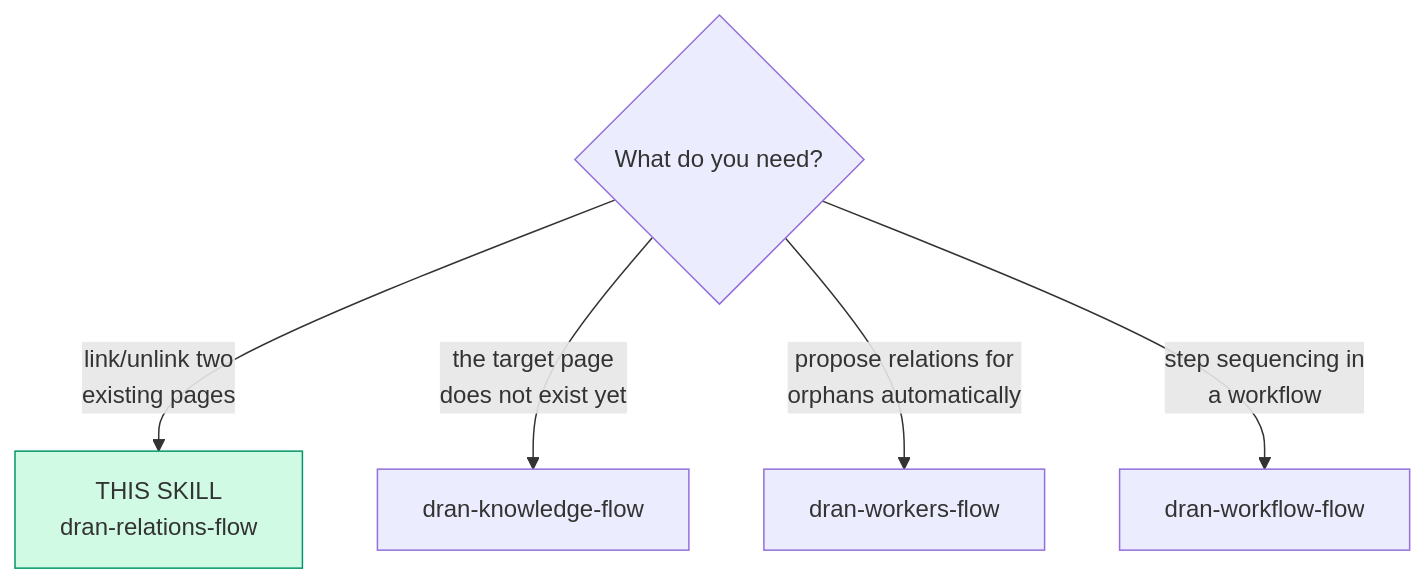
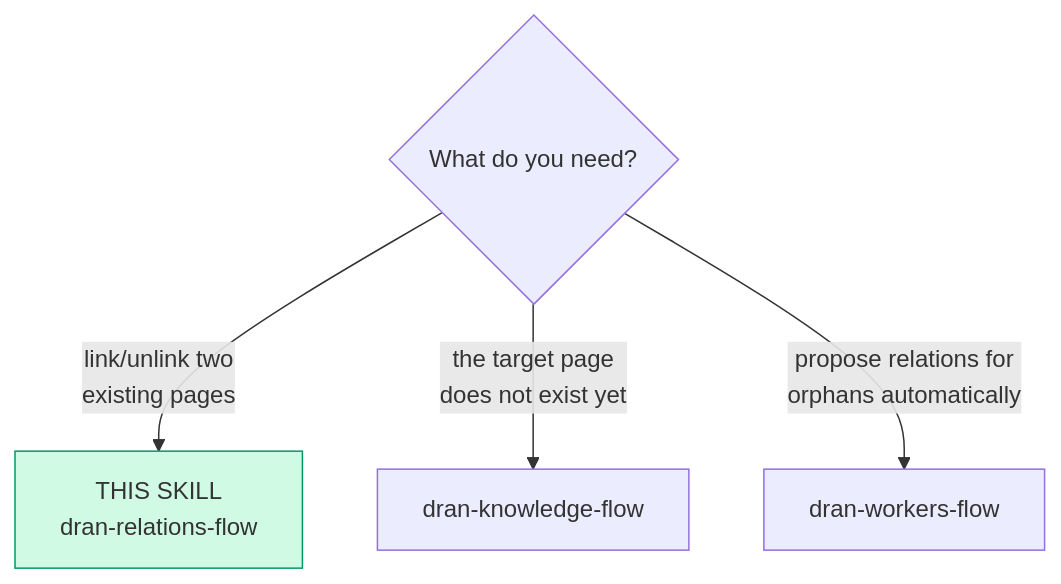
The first of 2 diagrams in skills/dran-relations-flow/SKILL.md (alvarolizama/dran), drawn with Mermaid before and after one commit. The commit also changed other lines of this file and 71 other files, not shown here.

````diff
--- a/skills/dran-relations-flow/SKILL.md
+++ b/skills/dran-relations-flow/SKILL.md
@@ -21,9 +21,8 @@
 ```mermaid
 flowchart TD
   Q{What do you need?} -->|"link/unlink two\nexisting pages"| SELF["THIS SKILL\ndran-relations-flow"]
   Q -->|"the target page\ndoes not exist yet"| K[dran-knowledge-flow]
   Q -->|"propose relations for\norphans automatically"| X[dran-workers-flow]
-  Q -->|"step sequencing in\na workflow"| W[dran-workflow-flow]
 
   style SELF fill:#d1fae5,stroke:#059669
 ```
````
